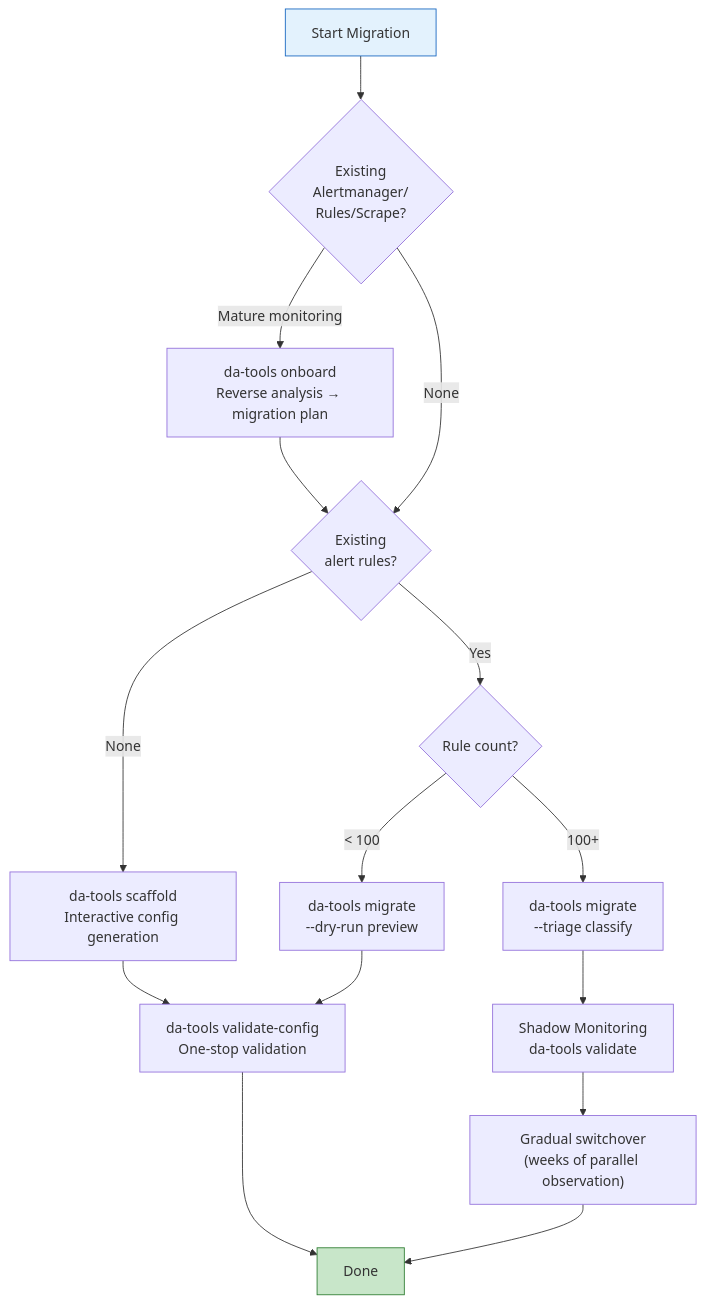
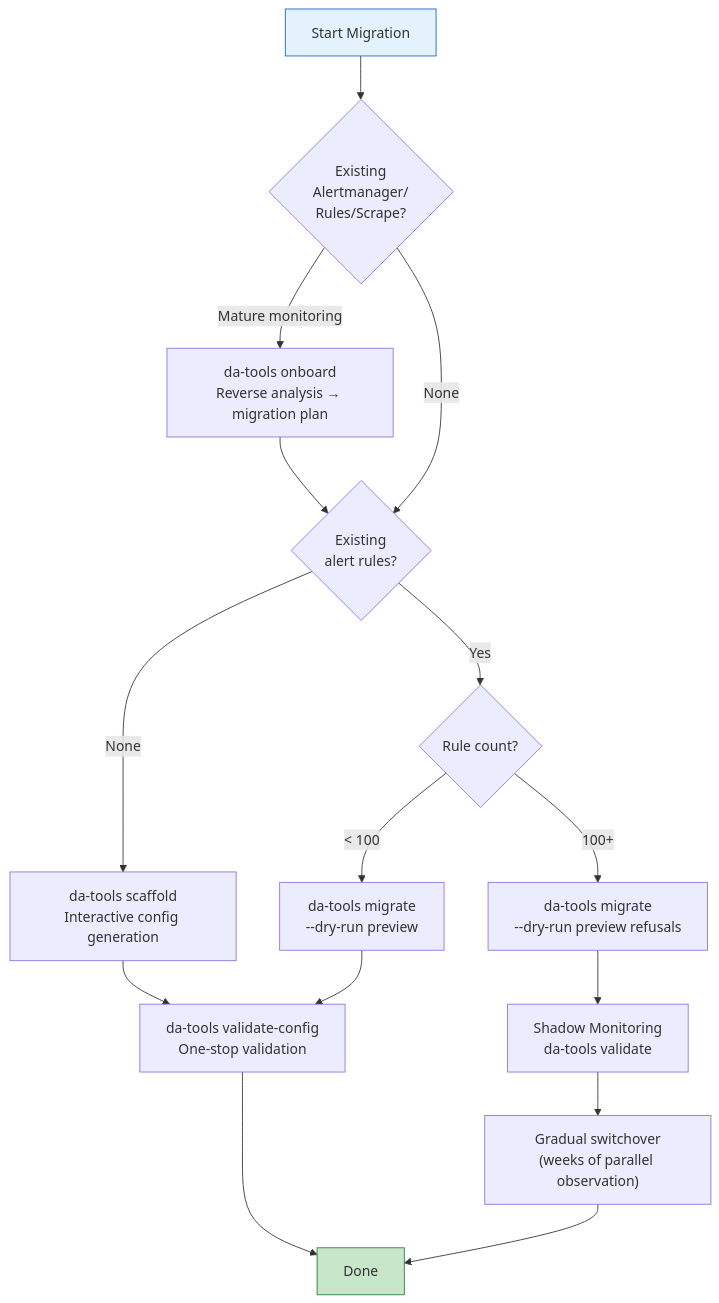
The diagram in docs/migration-guide.en.md (vencil/Dynamic-Alerting-Integrations), drawn with Mermaid before and after one commit. The commit also changed other lines of this file and 90 other files, not shown here.

First line of the commit message:
feat(tools)!: migrate-rule 原樣遷移一個租戶的規則（#4226） (#4341)

````diff
--- a/docs/migration-guide.en.md
+++ b/docs/migration-guide.en.md
@@ -49,20 +49,20 @@
 ```mermaid
 flowchart TD
     Start["Start Migration"] --> Q0{"Existing<br/>Alertmanager/<br/>Rules/Scrape?"}
     Q0 -->|"Mature monitoring"| S0["da-tools onboard<br/>Reverse analysis → migration plan"]
     Q0 -->|"None"| Q1{"Existing<br/>alert rules?"}
     S0 --> Q1
     Q1 -->|"None"| S1["da-tools scaffold<br/>Interactive config generation"]
     Q1 -->|"Yes"| Q2{"Rule count?"}
     Q2 -->|"< 100"| S2["da-tools migrate<br/>--dry-run preview"]
-    Q2 -->|"100+"| S3["da-tools migrate<br/>--triage classify"]
+    Q2 -->|"100+"| S3["da-tools migrate<br/>--dry-run preview refusals"]
     S2 --> V["da-tools validate-config<br/>One-stop validation"]
     S3 --> S4["Shadow Monitoring<br/>da-tools validate"]
     S4 --> S5["Gradual switchover<br/>(weeks of parallel observation)"]
     S1 --> V
     V --> Done["Done"]
     S5 --> Done
 
     style Done fill:#c8e6c9,stroke:#2e7d32
     style Start fill:#e3f2fd,stroke:#1565c0
 ```
````
